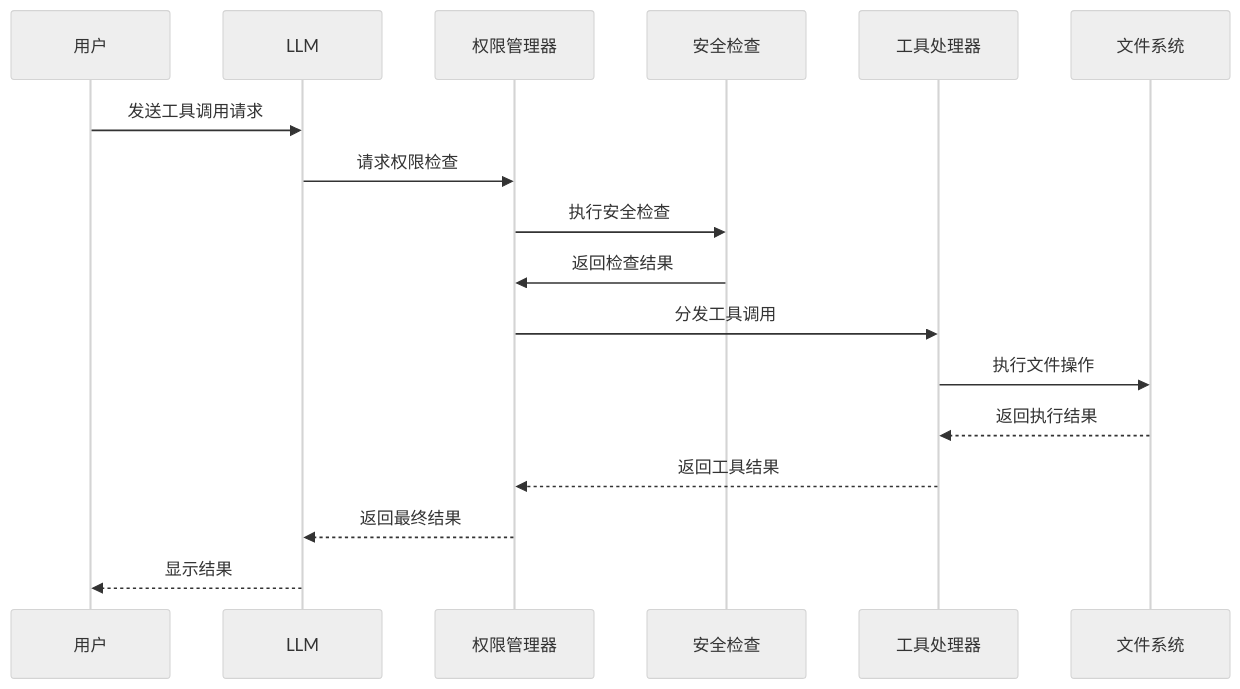
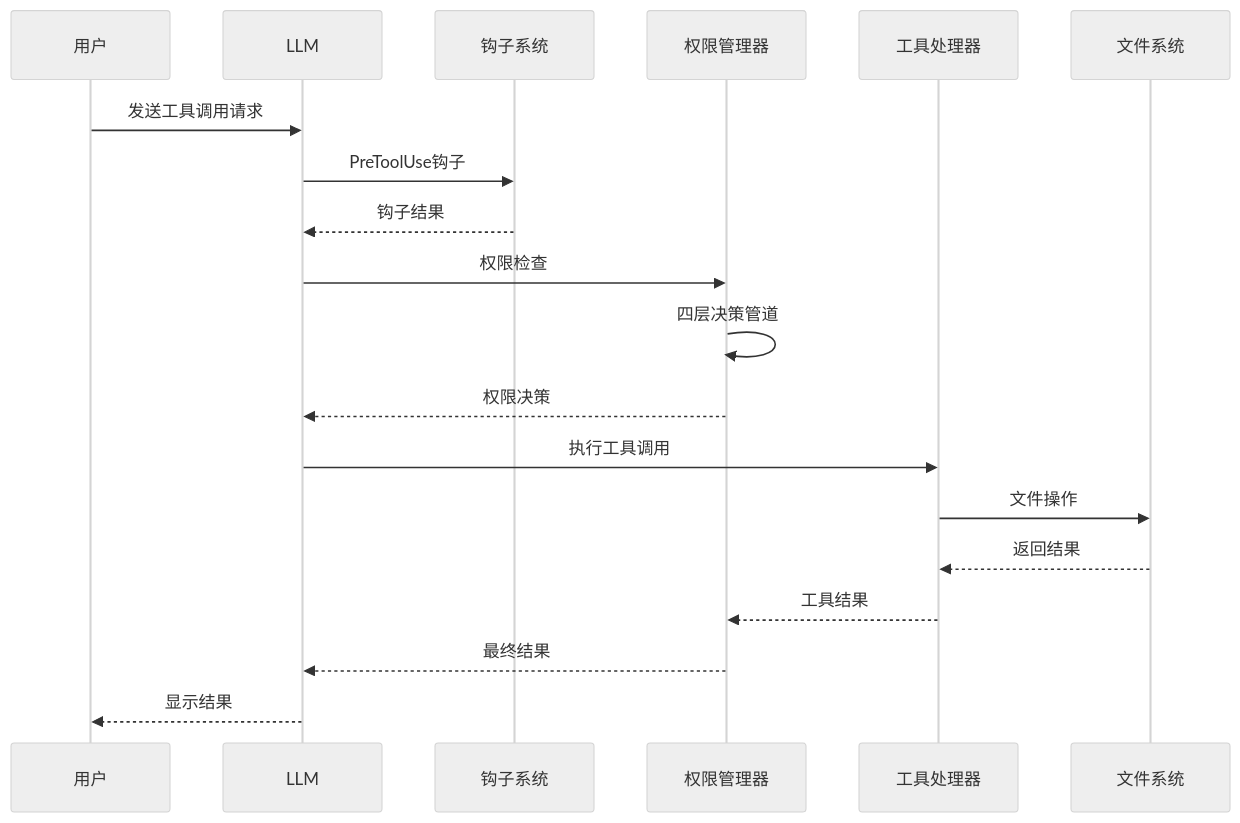
Before and after one commit to eurekaYYzero/Mini-Claude-Code: the fifth of 6 diagrams in .qoder/repowiki/zh/content/安全最佳实践/权限管理系统.md, drawn with Mermaid (neutral theme). The commit also changed other lines of this file and 27 other files, not shown here.

````diff
--- a/.qoder/repowiki/zh/content/安全最佳实践/权限管理系统.md
+++ b/.qoder/repowiki/zh/content/安全最佳实践/权限管理系统.md
@@ -218,19 +242,21 @@
 ```mermaid
 sequenceDiagram
 participant U as 用户
 participant L as LLM
+participant H as 钩子系统
 participant P as 权限管理器
-participant S as 安全检查
-participant H as 工具处理器
+participant T as 工具处理器
 participant F as 文件系统
 U->>L : 发送工具调用请求
-L->>P : 请求权限检查
-P->>S : 执行安全检查
-S->>P : 返回检查结果
-P->>H : 分发工具调用
-H->>F : 执行文件操作
-F-->>H : 返回执行结果
-H-->>P : 返回工具结果
-P-->>L : 返回最终结果
+L->>H : PreToolUse钩子
+H-->>L : 钩子结果
+L->>P : 权限检查
+P->>P : 四层决策管道
+P-->>L : 权限决策
+L->>T : 执行工具调用
+T->>F : 文件操作
+F-->>T : 返回结果
+T-->>P : 工具结果
+P-->>L : 最终结果
 L-->>U : 显示结果
 ```
````
